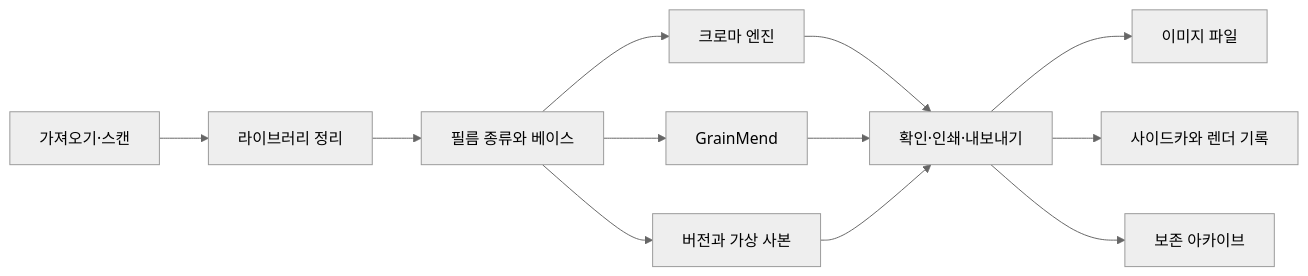
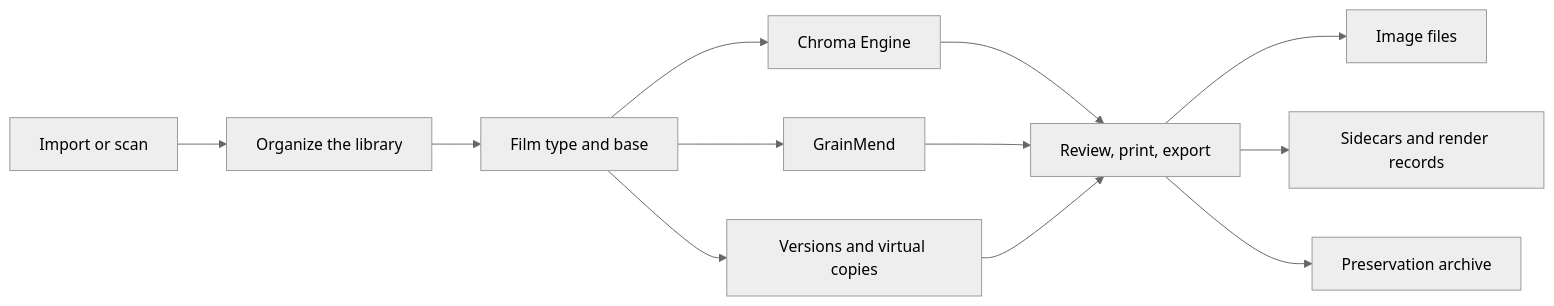
One commit to habinsong/negaflow changed the second of 2 diagrams in docs/architecture/PRODUCT_ARCHITECTURE.md. Above: the diagram before and after it, drawn with Mermaid (neutral theme). The commit also changed other lines of this file and 119 other files, not shown here.

````diff
--- a/docs/architecture/PRODUCT_ARCHITECTURE.md
+++ b/docs/architecture/PRODUCT_ARCHITECTURE.md
@@ -91,14 +92,14 @@
 ```mermaid
 flowchart LR
-    A["가져오기·스캔"] --> B["라이브러리 정리"]
-    B --> C["필름 종류와 베이스"]
-    C --> D["크로마 엔진"]
+    A["Import or scan"] --> B["Organize the library"]
+    B --> C["Film type and base"]
+    C --> D["Chroma Engine"]
     C --> E["GrainMend"]
-    C --> F["버전과 가상 사본"]
-    D --> G["확인·인쇄·내보내기"]
+    C --> F["Versions and virtual copies"]
+    D --> G["Review, print, export"]
     E --> G
     F --> G
-    G --> H["이미지 파일"]
-    G --> I["사이드카와 렌더 기록"]
-    G --> J["보존 아카이브"]
+    G --> H["Image files"]
+    G --> I["Sidecars and render records"]
+    G --> J["Preservation archive"]
 ```
````
